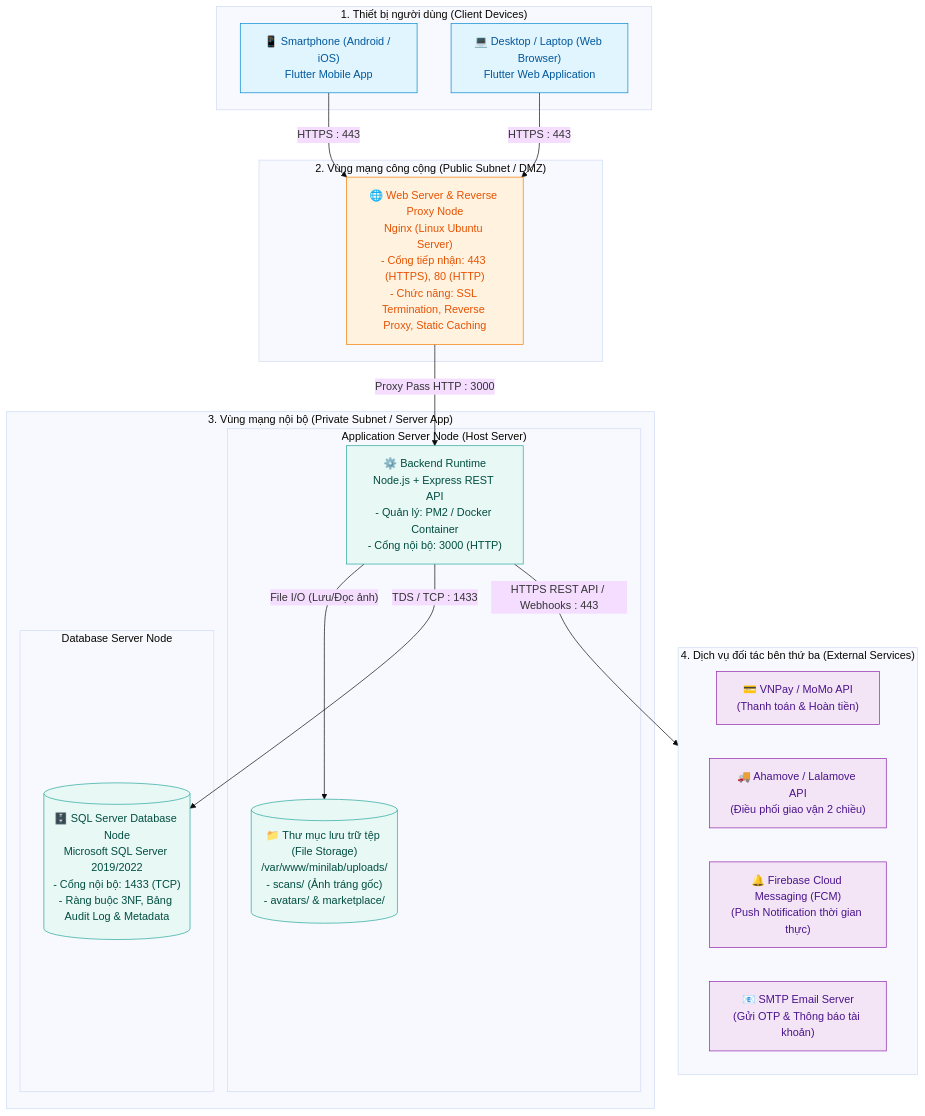
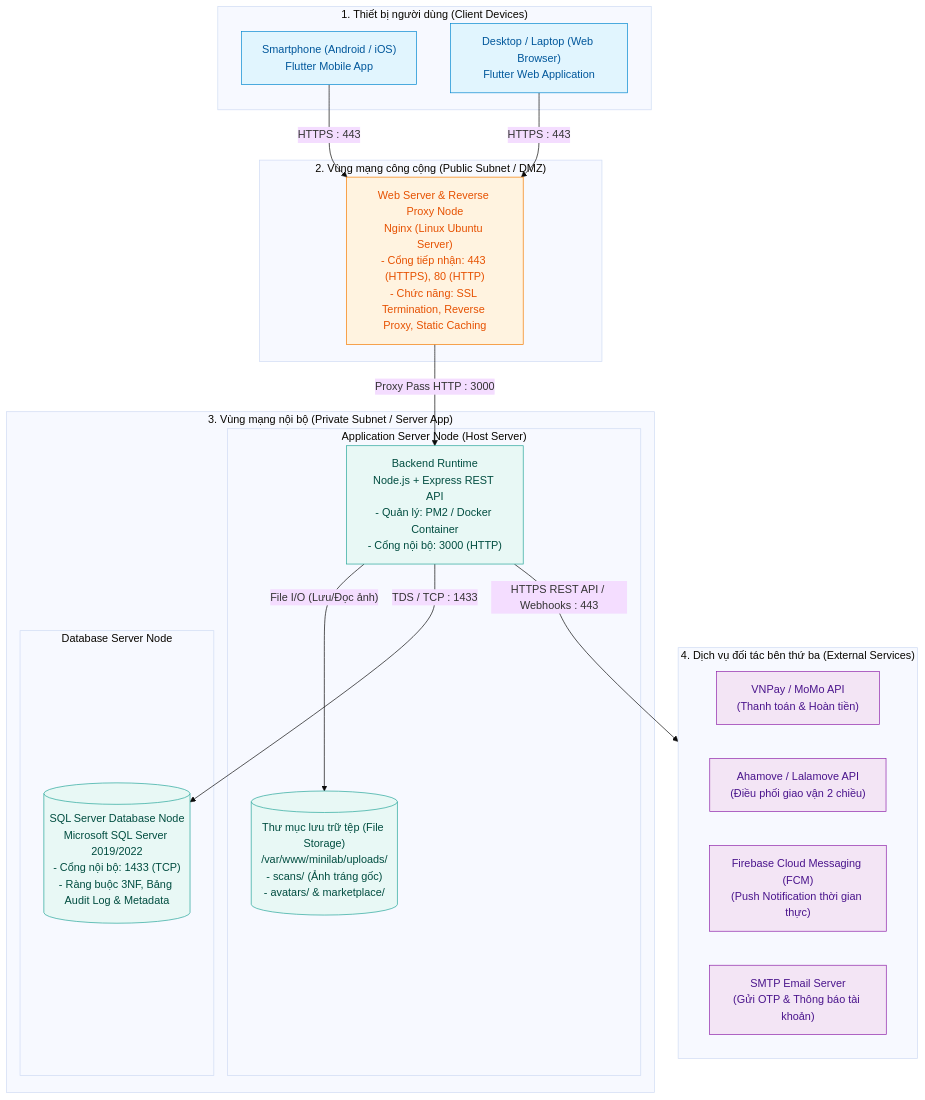
The second of 6 diagrams in doc/week 2/sơ đồ kiến trúc & triển khai.md (huylamnhat/Photographer-enthusiastic-environment), drawn with Mermaid (base theme) before and after one commit. The commit also changed other lines of this file, not shown here.

````diff
--- a/doc/week 2/sơ đồ kiến trúc & triển khai.md
+++ b/doc/week 2/sơ đồ kiến trúc & triển khai.md
@@ -108,42 +108,42 @@
 ```mermaid
 flowchart TB
     classDef client fill:#e1f5fe,stroke:#0288d1,color:#01579b
     classDef dmz fill:#fff3e0,stroke:#f57c00,color:#e65100
     classDef internal fill:#e8f8f5,stroke:#26a69a,color:#004d40
     classDef external fill:#f3e5f5,stroke:#8e24aa,color:#4a148c
 
     subgraph CLIENT_ZONE["1. Thiết bị người dùng (Client Devices)"]
-        C1["📱 Smartphone (Android / iOS)<br/>Flutter Mobile App"]:::client
-        C2["💻 Desktop / Laptop (Web Browser)<br/>Flutter Web Application"]:::client
+        C1[" Smartphone (Android / iOS)<br/>Flutter Mobile App"]:::client
+        C2[" Desktop / Laptop (Web Browser)<br/>Flutter Web Application"]:::client
     end
 
     subgraph DMZ_ZONE["2. Vùng mạng công cộng (Public Subnet / DMZ)"]
-        WEB_SRV["🌐 Web Server & Reverse Proxy Node<br/>Nginx (Linux Ubuntu Server)<br/>- Cổng tiếp nhận: 443 (HTTPS), 80 (HTTP)<br/>- Chức năng: SSL Termination, Reverse Proxy, Static Caching"]:::dmz
+        WEB_SRV[" Web Server & Reverse Proxy Node<br/>Nginx (Linux Ubuntu Server)<br/>- Cổng tiếp nhận: 443 (HTTPS), 80 (HTTP)<br/>- Chức năng: SSL Termination, Reverse Proxy, Static Caching"]:::dmz
     end
 
     subgraph INTERNAL_ZONE["3. Vùng mạng nội bộ (Private Subnet / Server App)"]
         subgraph APP_NODE["Application Server Node (Host Server)"]
-            APP_SRV["⚙️ Backend Runtime<br/>Node.js + Express REST API<br/>- Quản lý: PM2 / Docker Container<br/>- Cổng nội bộ: 3000 (HTTP)"]:::internal
+            APP_SRV[" Backend Runtime<br/>Node.js + Express REST API<br/>- Quản lý: PM2 / Docker Container<br/>- Cổng nội bộ: 3000 (HTTP)"]:::internal
 
-            LOCAL_STORAGE[("📁 Thư mục lưu trữ tệp (File Storage)<br/>/var/www/minilab/uploads/<br/>- scans/ (Ảnh tráng gốc)<br/>- avatars/ & marketplace/")]:::internal
+            LOCAL_STORAGE[(" Thư mục lưu trữ tệp (File Storage)<br/>/var/www/minilab/uploads/<br/>- scans/ (Ảnh tráng gốc)<br/>- avatars/ & marketplace/")]:::internal
         end
 
         subgraph DB_NODE["Database Server Node"]
-            DB_SRV[("🗄️ SQL Server Database Node<br/>Microsoft SQL Server 2019/2022<br/>- Cổng nội bộ: 1433 (TCP)<br/>- Ràng buộc 3NF, Bảng Audit Log & Metadata")]:::internal
+            DB_SRV[(" SQL Server Database Node<br/>Microsoft SQL Server 2019/2022<br/>- Cổng nội bộ: 1433 (TCP)<br/>- Ràng buộc 3NF, Bảng Audit Log & Metadata")]:::internal
         end
     end
 
     subgraph EXT_ZONE["4. Dịch vụ đối tác bên thứ ba (External Services)"]
-        VNPAY["💳 VNPay / MoMo API<br/>(Thanh toán & Hoàn tiền)"]:::external
-        AHAMOVE["🚚 Ahamove / Lalamove API<br/>(Điều phối giao vận 2 chiều)"]:::external
-        FCM["🔔 Firebase Cloud Messaging (FCM)<br/>(Push Notification thời gian thực)"]:::external
-        EMAIL_SVC["📧 SMTP Email Server<br/>(Gửi OTP & Thông báo tài khoản)"]:::external
+        VNPAY[" VNPay / MoMo API<br/>(Thanh toán & Hoàn tiền)"]:::external
+        AHAMOVE[" Ahamove / Lalamove API<br/>(Điều phối giao vận 2 chiều)"]:::external
+        FCM[" Firebase Cloud Messaging (FCM)<br/>(Push Notification thời gian thực)"]:::external
+        EMAIL_SVC[" SMTP Email Server<br/>(Gửi OTP & Thông báo tài khoản)"]:::external
     end
 
     C1 -->|"HTTPS : 443"| WEB_SRV
     C2 -->|"HTTPS : 443"| WEB_SRV
     WEB_SRV -->|"Proxy Pass HTTP : 3000"| APP_SRV
     APP_SRV -->|"File I/O (Lưu/Đọc ảnh)"| LOCAL_STORAGE
     APP_SRV -->|"TDS / TCP : 1433"| DB_SRV
     APP_SRV -->|"HTTPS REST API / Webhooks : 443"| EXT_ZONE
 ```
````
